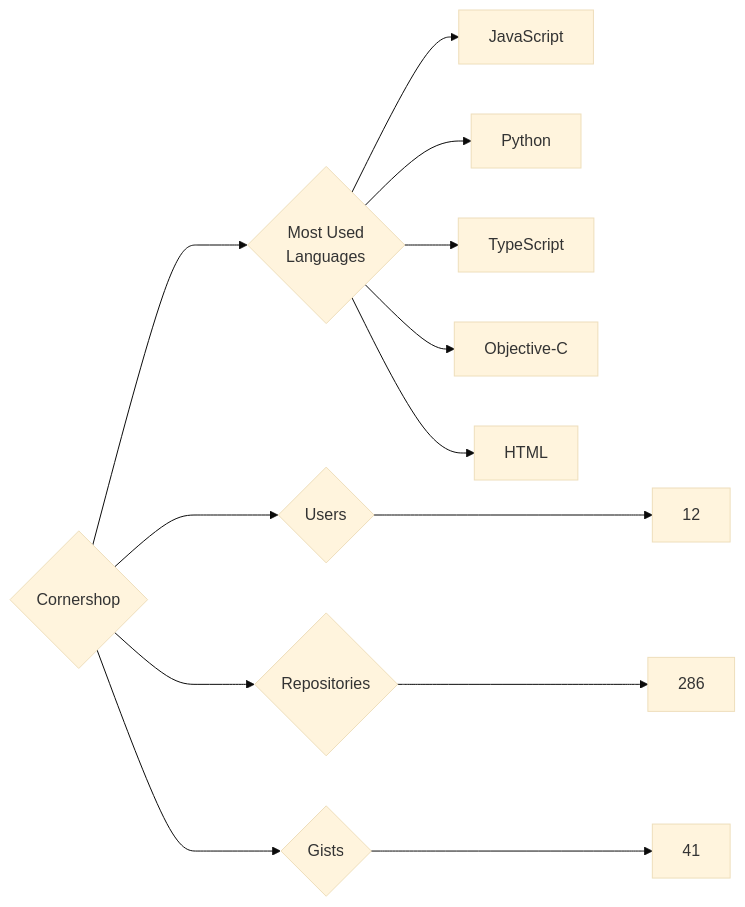
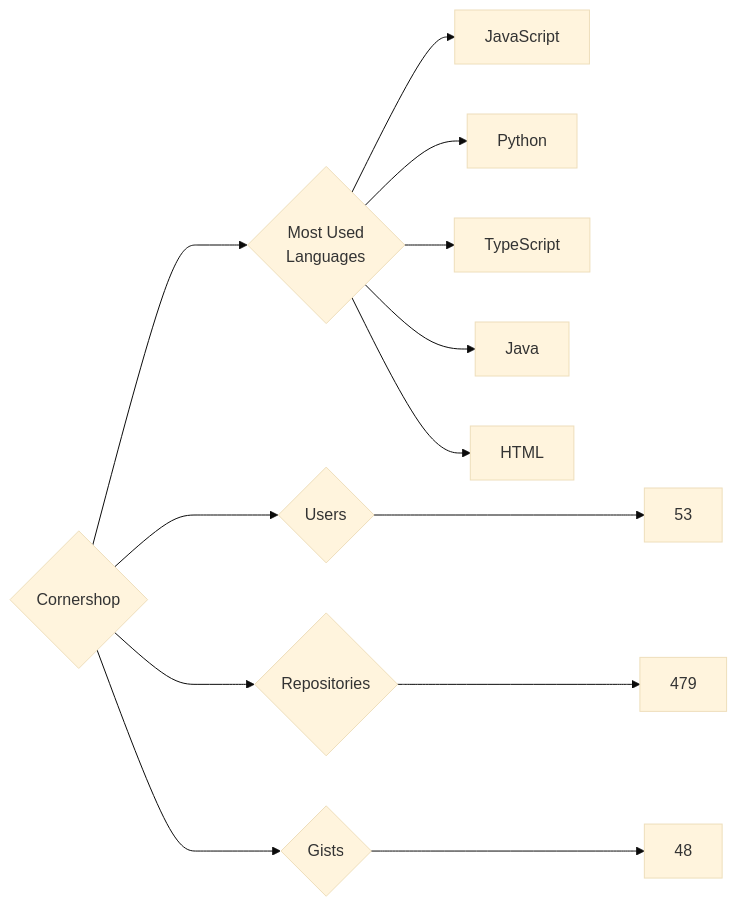
One commit to trickest/insiders changed the diagram in targets/Cornershop/README.md. Above: the diagram before and after it, drawn with Mermaid (base theme). The commit also changed 773 other files, not shown here.

````diff
--- a/targets/Cornershop/README.md
+++ b/targets/Cornershop/README.md
@@ -3,13 +3,13 @@
 ```mermaid
 graph LR
 COMPANY_NAME{Cornershop}
-COMPANY_NAME ---> U{Users} ---> UN[12]
-COMPANY_NAME ---> R{Repositories} ---> RN[286]
-COMPANY_NAME ---> G{Gists} ---> GN[41]
+COMPANY_NAME ---> U{Users} ---> UN[53]
+COMPANY_NAME ---> R{Repositories} ---> RN[479]
+COMPANY_NAME ---> G{Gists} ---> GN[48]
 COMPANY_NAME ---> ML{Most Used<br>Languages}
 ML --> JavaScript[JavaScript]
 ML --> Python[Python]
 ML --> TypeScript[TypeScript]
-ML --> Objective-C[Objective-C]
+ML --> Java[Java]
 ML --> HTML[HTML]
 ```
````
